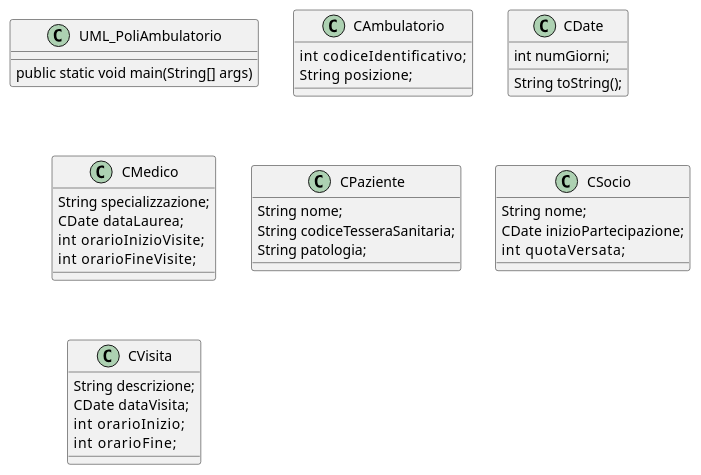
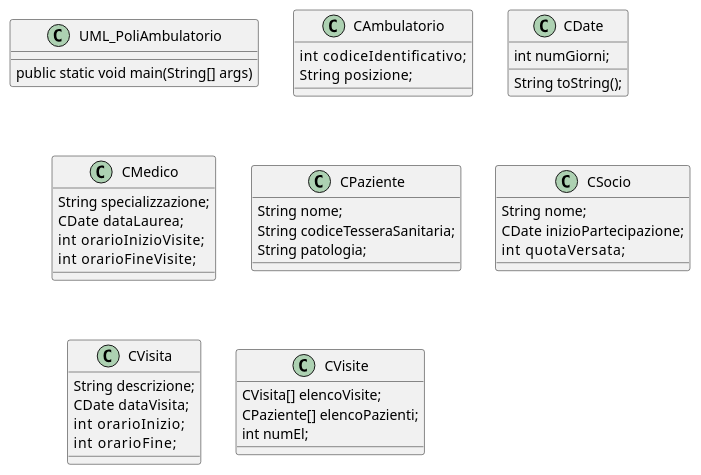
One commit to andreorse/Progetti-TeP-LAB changed the diagram in Prova25maggio2020/PUML_PoliAmbulatorio.puml. Above: the diagram before and after it, drawn with PlantUML.

```diff
--- a/Prova25maggio2020/PUML_PoliAmbulatorio.puml
+++ b/Prova25maggio2020/PUML_PoliAmbulatorio.puml
@@ -1,39 +1,43 @@
 @startuml
 
 class UML_PoliAmbulatorio {
     public static void main(String[] args)
 }
 
 class CAmbulatorio  {
     int     codiceIdentificativo;
     String  posizione;
 }
 class CDate {
     int numGiorni;    
     String toString();
 }
 class CMedico {
     String specializzazione;
     CDate  dataLaurea;  
     int    orarioInizioVisite;
     int    orarioFineVisite;
 }
 class CPaziente {
     String nome;
     String codiceTesseraSanitaria;
     String patologia;  
 }
 class CSocio {
     String nome;
     CDate  inizioPartecipazione;
     int    quotaVersata;
 }
 class CVisita {
     String descrizione;
     CDate  dataVisita;
     int    orarioInizio;
     int    orarioFine;
 }
 
-
+class CVisite {
+	CVisita[] elencoVisite;
+	CPaziente[] elencoPazienti;
+	int numEl;
+}
 @enduml
```
